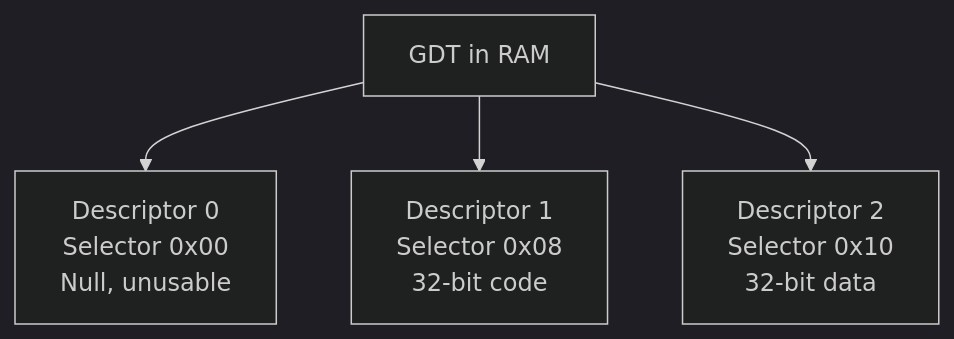
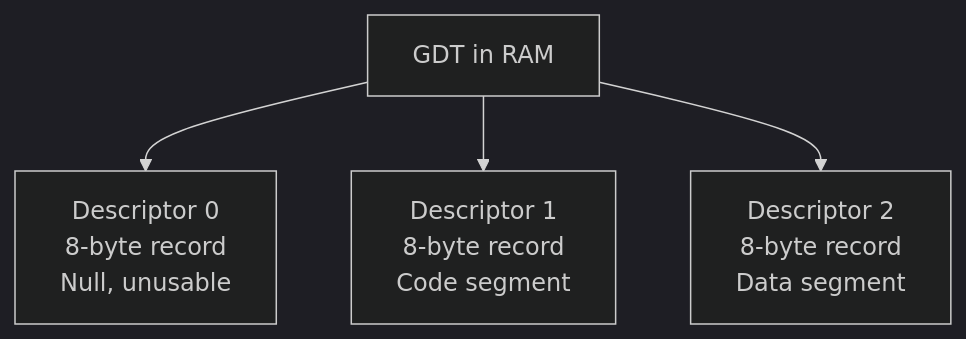
The third of 10 diagrams in lessons/05-protected-mode.md (angellovc/AngelOS), drawn with Mermaid (dark theme) before and after one commit. The commit also changed other lines of this file, not shown here.

Commit message:
clarify descriptor records

````diff
--- a/lessons/05-protected-mode.md
+++ b/lessons/05-protected-mode.md
@@ -128,11 +130,11 @@
 ```mermaid
 flowchart TB
     GDT["GDT in RAM"]
-    NULL["Descriptor 0<br/>Selector 0x00<br/>Null, unusable"]
-    CODE["Descriptor 1<br/>Selector 0x08<br/>32-bit code"]
-    DATA["Descriptor 2<br/>Selector 0x10<br/>32-bit data"]
+    NULL["Descriptor 0<br/>8-byte record<br/>Null, unusable"]
+    CODE["Descriptor 1<br/>8-byte record<br/>Code segment"]
+    DATA["Descriptor 2<br/>8-byte record<br/>Data segment"]
 
     GDT --> NULL
     GDT --> CODE
     GDT --> DATA
 ```
````
